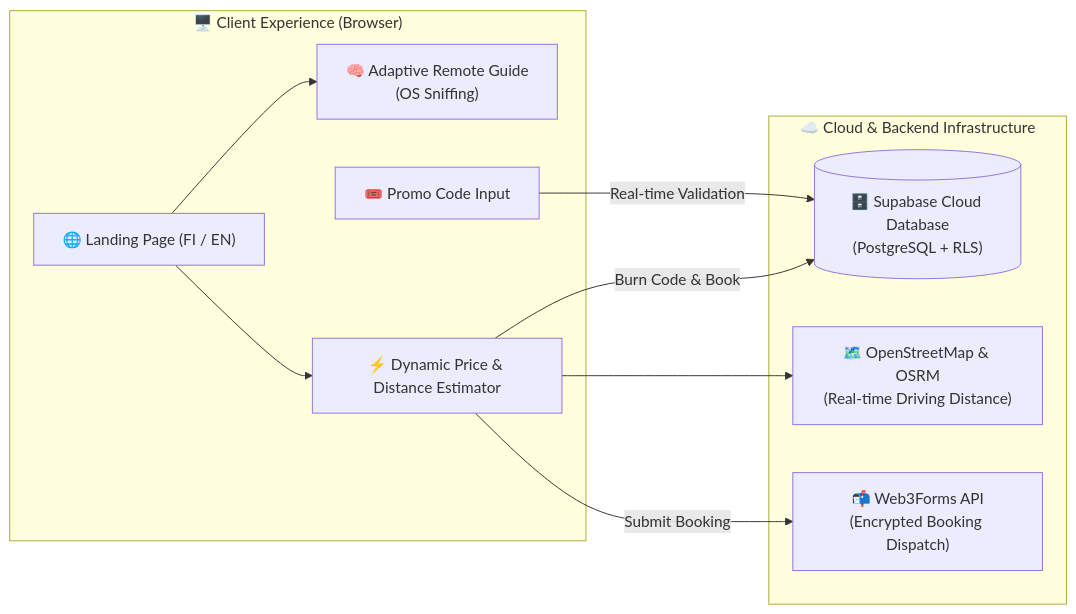
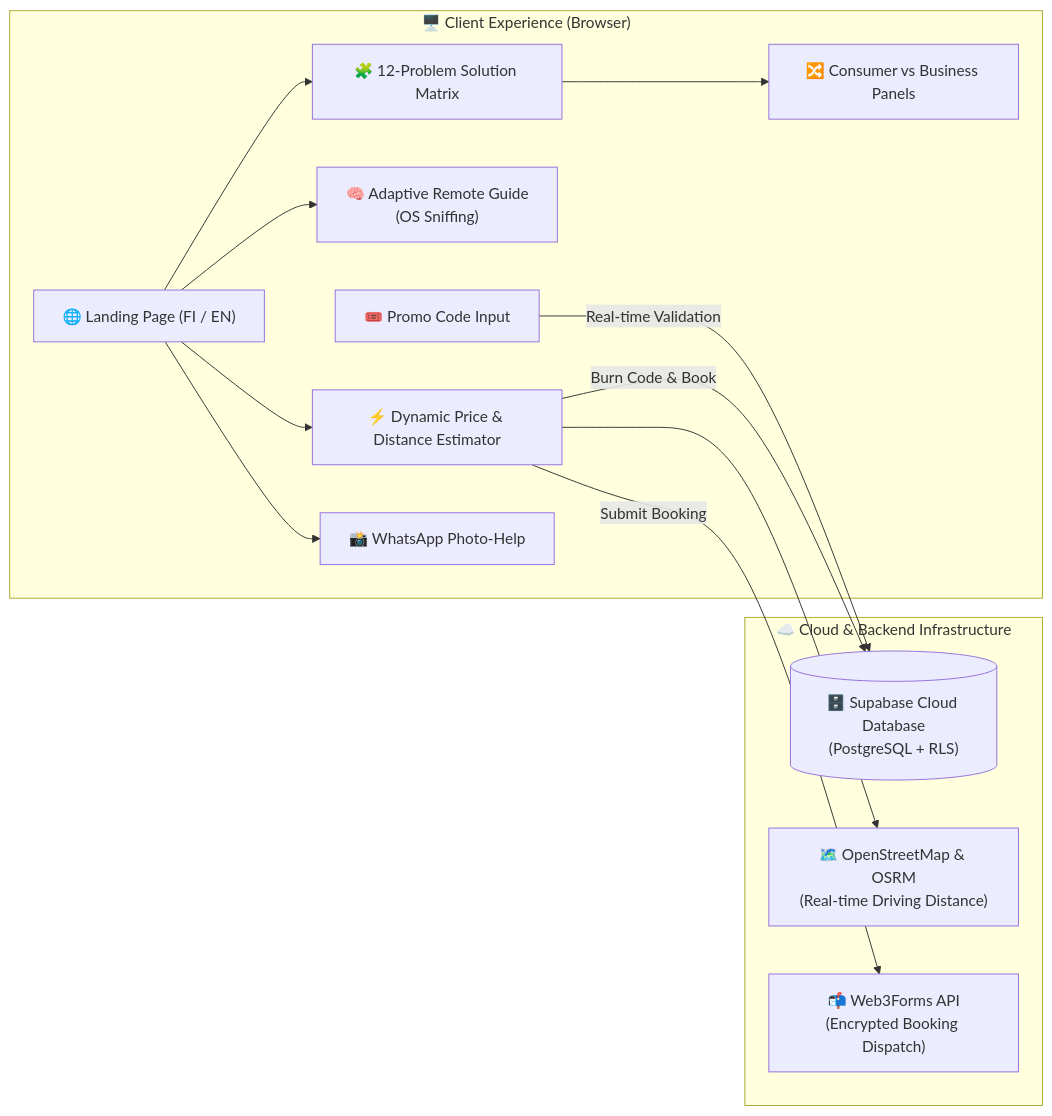
One commit to FIMARx/DigiKaveri changed the diagram in README.md. Above: the diagram before and after it, drawn with Mermaid. The commit also changed other lines of this file, not shown here.

````diff
--- a/README.md
+++ b/README.md
@@ -34,22 +37,28 @@
 ```mermaid
 flowchart LR
     subgraph Client["🖥️ Client Experience (Browser)"]
         Landing["🌐 Landing Page (FI / EN)"]
+        Solutions["🧩 12-Problem Solution Matrix"]
+        Tabs["🔀 Consumer vs Business Panels"]
         Guide["🧠 Adaptive Remote Guide\n(OS Sniffing)"]
         Estimator["⚡ Dynamic Price & Distance Estimator"]
         PromoInput["🎟️ Promo Code Input"]
+        WhatsApp["📸 WhatsApp Photo-Help"]
     end
 
     subgraph CloudServices["☁️ Cloud & Backend Infrastructure"]
         Supabase[("🗄️ Supabase Cloud Database\n(PostgreSQL + RLS)")]
         Nominatim["🗺️ OpenStreetMap & OSRM\n(Real-time Driving Distance)"]
         Web3Forms["📬 Web3Forms API\n(Encrypted Booking Dispatch)"]
     end
 
+    Landing --> Solutions
+    Solutions --> Tabs
     Landing --> Estimator
+    Landing --> WhatsApp
     Estimator --> Nominatim
     PromoInput -->|"Real-time Validation"| Supabase
     Estimator -->|"Burn Code & Book"| Supabase
     Estimator -->|"Submit Booking"| Web3Forms
     Landing --> Guide
 ```
````
